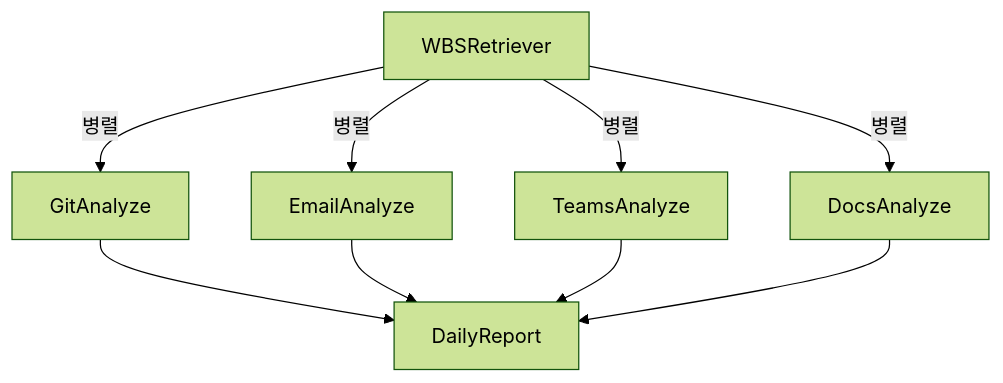
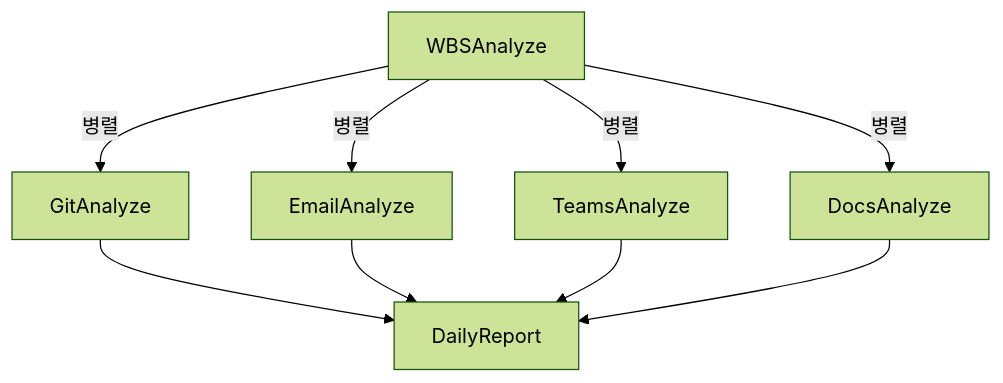
One commit to skala-yAXim/AI-end changed the first of 3 diagrams in README.md. Above: the diagram before and after it, drawn with Mermaid (forest theme). The commit also changed other lines of this file and 41 other files, not shown here.

````diff
--- a/README.md
+++ b/README.md
@@ -102,11 +33,11 @@
  ```mermaid
 graph TD;
-    WBSRetriever -->|병렬| GitAnalyze
-    WBSRetriever -->|병렬| EmailAnalyze
-    WBSRetriever -->|병렬| TeamsAnalyze
-    WBSRetriever -->|병렬| DocsAnalyze
+    WBSAnalyze -->|병렬| GitAnalyze
+    WBSAnalyze -->|병렬| EmailAnalyze
+    WBSAnalyze -->|병렬| TeamsAnalyze
+    WBSAnalyze -->|병렬| DocsAnalyze
     GitAnalyze --> DailyReport
     EmailAnalyze --> DailyReport
     TeamsAnalyze --> DailyReport
     DocsAnalyze --> DailyReport
 ```
````
